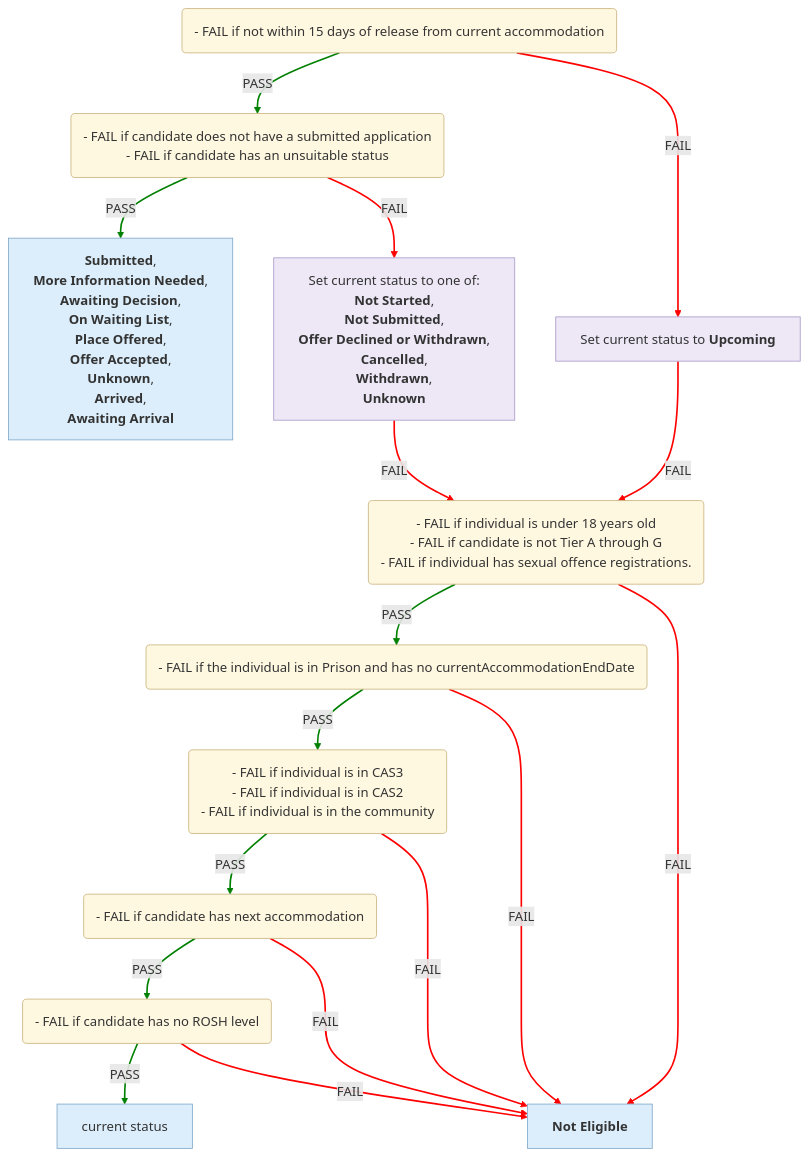
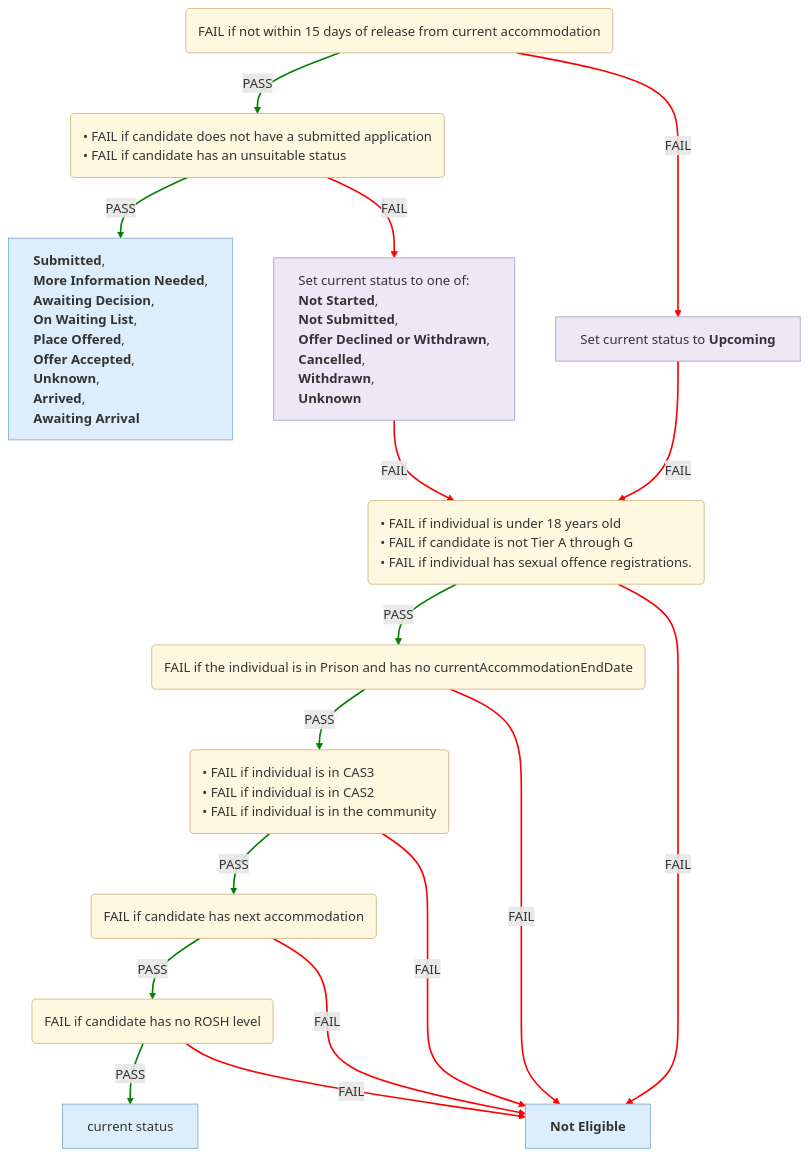
The second of 6 diagrams in docs/eligibility-rules-graph.md (uk-gov-mirror/ministryofjustice.hmpps-single-accommodation-service-api), drawn with Mermaid before and after one commit. The commit also changed other lines of this file and 2 other files, not shown here.

Commit message:
chore/SAS-1532-Use-UI-statuses-in-graph-instead-of-enums

````diff
--- a/docs/eligibility-rules-graph.md
+++ b/docs/eligibility-rules-graph.md
@@ -135,59 +135,59 @@
 ```mermaid
 %%{init: {"flowchart": {"wrappingWidth": 800}}}%%
 flowchart TD
-  Upcoming("- FAIL if not within 15 days of release from current accommodation")
-  Suitability("- FAIL if candidate does not have a submitted application
-- FAIL if candidate has an unsuitable status")
-  updater_Submitted___More_Information_Needed___Awaiting_Decision___On_Waiting_List___Place_Offered___Offer_Accepted___Unknown___Arrived___Awaiting_Arrival["<b>Submitted</b>,
+  Upcoming("<div style='text-align:left'>FAIL if not within 15 days of release from current accommodation</div>")
+  Suitability("<div style='text-align:left'>• FAIL if candidate does not have a submitted application
+• FAIL if candidate has an unsuitable status</div>")
+  updater_Submitted___More_Information_Needed___Awaiting_Decision___On_Waiting_List___Place_Offered___Offer_Accepted___Unknown___Arrived___Awaiting_Arrival["<div style='text-align:left'><b>Submitted</b>,
  <b>More Information Needed</b>,
  <b>Awaiting Decision</b>,
  <b>On Waiting List</b>,
  <b>Place Offered</b>,
  <b>Offer Accepted</b>,
  <b>Unknown</b>,
  <b>Arrived</b>,
- <b>Awaiting Arrival</b>"]
-  updater_Set_current_status_to_one_of__Not_Started___Not_Submitted___Offer_Declined_or_Withdrawn___Cancelled___Withdrawn___Unknown["Set current status to one of:
+ <b>Awaiting Arrival</b></div>"]
+  updater_Set_current_status_to_one_of__Not_Started___Not_Submitted___Offer_Declined_or_Withdrawn___Cancelled___Withdrawn___Unknown["<div style='text-align:left'>Set current status to one of:
 <b>Not Started</b>,
  <b>Not Submitted</b>,
  <b>Offer Declined or Withdrawn</b>,
  <b>Cancelled</b>,
  <b>Withdrawn</b>,
- <b>Unknown</b>"]
-  Eligibility_Person("- FAIL if individual is under 18 years old
-- FAIL if candidate is not Tier A through G
-- FAIL if individual has sexual offence registrations.")
-  Eligibility_Release_Date("- FAIL if the individual is in Prison and has no currentAccommodationEndDate")
-  Eligibility_Current_Accommodation("- FAIL if individual is in CAS3
-- FAIL if individual is in CAS2
-- FAIL if individual is in the community")
-  Eligibility_Next_Accommodation("- FAIL if candidate has next accommodation")
-  Eligibility_Rosh("- FAIL if candidate has no ROSH level")
-  current_status["current status"]
-  Not_Eligible["<b>Not Eligible</b>"]
-  updater_Set_current_status_to_Upcoming["Set current status to <b>Upcoming</b>"]
+ <b>Unknown</b></div>"]
+  Eligibility_Person("<div style='text-align:left'>• FAIL if individual is under 18 years old
+• FAIL if candidate is not Tier A through G
+• FAIL if individual has sexual offence registrations.</div>")
+  Eligibility_Release_Date("<div style='text-align:left'>FAIL if the individual is in Prison and has no currentAccommodationEndDate</div>")
+  Eligibility_Current_Accommodation("<div style='text-align:left'>• FAIL if individual is in CAS3
+• FAIL if individual is in CAS2
+• FAIL if individual is in the community</div>")
+  Eligibility_Next_Accommodation("<div style='text-align:left'>FAIL if candidate has next accommodation</div>")
+  Eligibility_Rosh("<div style='text-align:left'>FAIL if candidate has no ROSH level</div>")
+  current_status["<div style='text-align:left'>current status</div>"]
+  Not_Eligible["<div style='text-align:left'><b>Not Eligible</b></div>"]
+  updater_Set_current_status_to_Upcoming["<div style='text-align:left'>Set current status to <b>Upcoming</b></div>"]
   Suitability -->|PASS| updater_Submitted___More_Information_Needed___Awaiting_Decision___On_Waiting_List___Place_Offered___Offer_Accepted___Unknown___Arrived___Awaiting_Arrival
   Suitability -->|FAIL| updater_Set_current_status_to_one_of__Not_Started___Not_Submitted___Offer_Declined_or_Withdrawn___Cancelled___Withdrawn___Unknown
   Eligibility_Rosh -->|PASS| current_status
   Eligibility_Rosh -->|FAIL| Not_Eligible
   Eligibility_Next_Accommodation -->|PASS| Eligibility_Rosh
   Eligibility_Next_Accommodation -->|FAIL| Not_Eligible
   Eligibility_Current_Accommodation -->|PASS| Eligibility_Next_Accommodation
   Eligibility_Current_Accommodation -->|FAIL| Not_Eligible
   Eligibility_Release_Date -->|PASS| Eligibility_Current_Accommodation
   Eligibility_Release_Date -->|FAIL| Not_Eligible
   Eligibility_Person -->|PASS| Eligibility_Release_Date
   Eligibility_Person -->|FAIL| Not_Eligible
   updater_Set_current_status_to_one_of__Not_Started___Not_Submitted___Offer_Declined_or_Withdrawn___Cancelled___Withdrawn___Unknown -->|FAIL| Eligibility_Person
   Upcoming -->|PASS| Suitability
   Upcoming -->|FAIL| updater_Set_current_status_to_Upcoming
   updater_Set_current_status_to_Upcoming -->|FAIL| Eligibility_Person
   linkStyle 0,2,4,6,8,10,13 stroke:green,stroke-width:2px
   linkStyle 1,3,5,7,9,11,12,14,15 stroke:red,stroke-width:2px
   classDef ruleSetNode fill:#FFF8E1,stroke:#C9B37E,color:#333
   classDef outcomeNode fill:#DCEEFB,stroke:#7FA7C9,color:#333
   classDef updaterNode fill:#EDE7F6,stroke:#A99BC9,color:#333
   class Upcoming,Suitability,Eligibility_Person,Eligibility_Release_Date,Eligibility_Current_Accommodation,Eligibility_Next_Accommodation,Eligibility_Rosh ruleSetNode
   class updater_Submitted___More_Information_Needed___Awaiting_Decision___On_Waiting_List___Place_Offered___Offer_Accepted___Unknown___Arrived___Awaiting_Arrival,current_status,Not_Eligible outcomeNode
   class updater_Set_current_status_to_one_of__Not_Started___Not_Submitted___Offer_Declined_or_Withdrawn___Cancelled___Withdrawn___Unknown,updater_Set_current_status_to_Upcoming updaterNode
 ```
````
